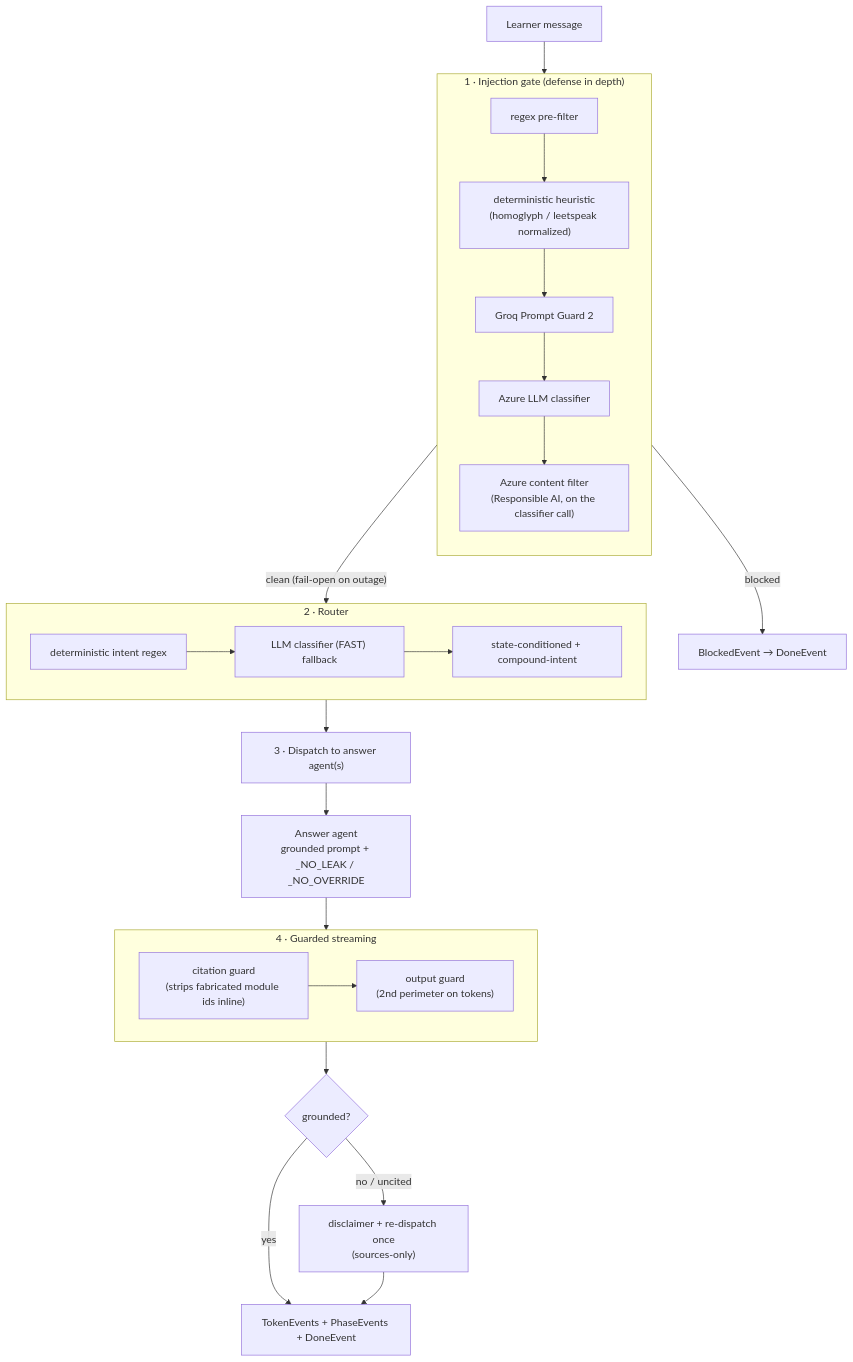
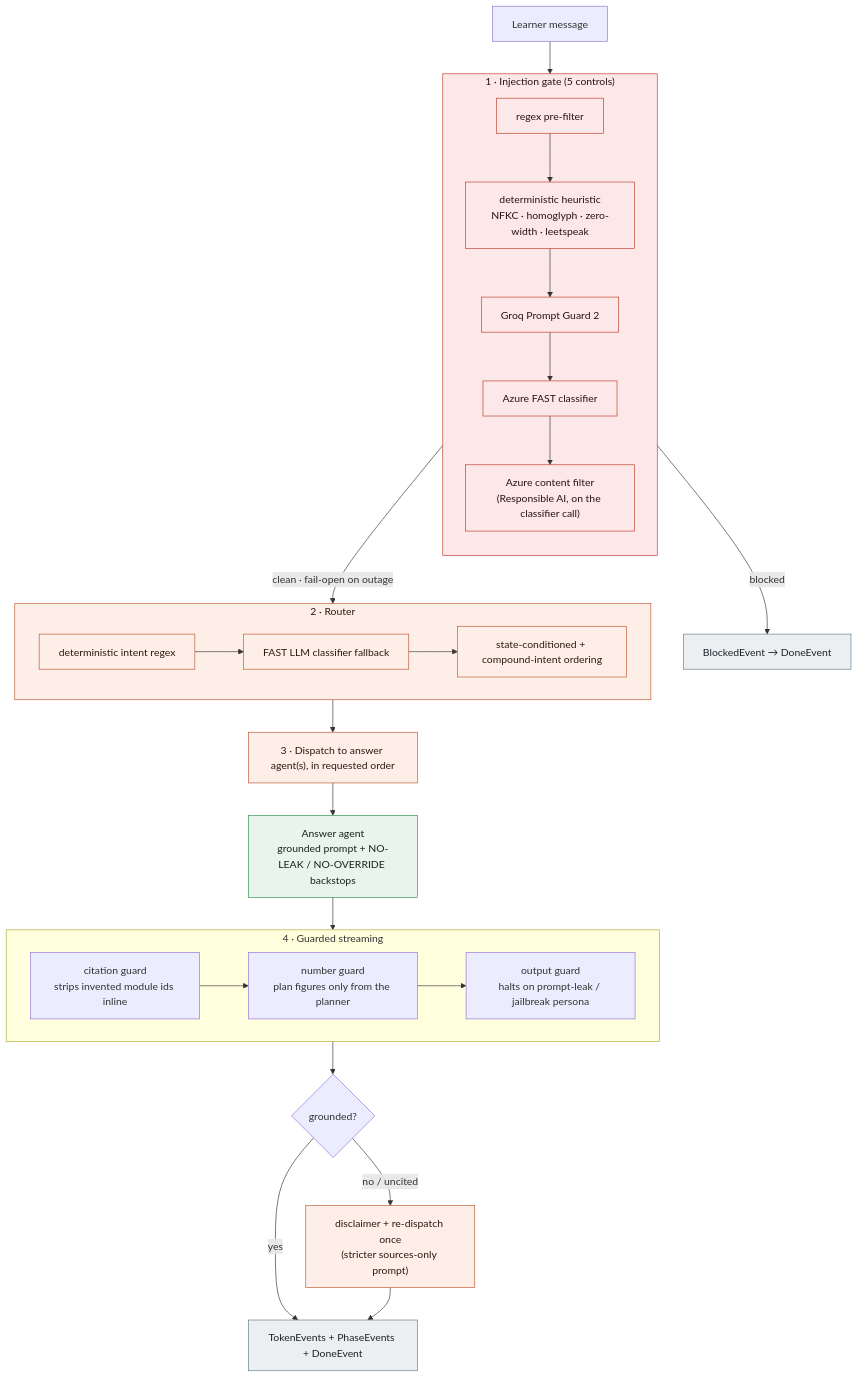
Before and after one commit to theCodeForgerHQ/msf-reasoning-agent: the fourth of 11 diagrams in README.md, drawn with Mermaid. The commit also changed other lines of this file, not shown here.

Commit message:
docs: rebuild README with diagrams, demo video link, and team section

````diff
--- a/README.md
+++ b/README.md
@@ -191,34 +216,42 @@
 ```mermaid
 flowchart TD
+    classDef gate fill:#fce8e8,stroke:#c0392b,color:#2a1212
+    classDef route fill:#fdeee7,stroke:#c0562f,color:#2b1a12
+    classDef ans fill:#e9f5ec,stroke:#2f8f4e,color:#13251a
+    classDef done fill:#eceff1,stroke:#607d8b,color:#1c2429
+
     IN["Learner message"] --> GATE
 
-    subgraph GATE["1 · Injection gate (defense in depth)"]
+    subgraph GATE["1 · Injection gate (5 controls)"]
         direction TB
-        RX["regex pre-filter"] --> HEU["deterministic heuristic<br/>(homoglyph / leetspeak normalized)"]
+        RX["regex pre-filter"] --> HEU["deterministic heuristic<br/>NFKC · homoglyph · zero-width · leetspeak"]
         HEU --> PG["Groq Prompt Guard 2"]
-        PG --> AZC["Azure LLM classifier"]
+        PG --> AZC["Azure FAST classifier"]
         AZC --> RAI["Azure content filter<br/>(Responsible AI, on the classifier call)"]
     end
 
-    GATE -- "blocked" --> BLK["BlockedEvent → DoneEvent"]
-    GATE -- "clean (fail-open on outage)" --> ROUTE
+    GATE -->|blocked| BLK["BlockedEvent → DoneEvent"]:::done
+    GATE -->|"clean · fail-open on outage"| ROUTE
 
     subgraph ROUTE["2 · Router"]
-        DET["deterministic intent regex"] --> LLMR["LLM classifier (FAST) fallback"]
-        LLMR --> STATE["state-conditioned + compound-intent"]
+        DET["deterministic intent regex"] --> LLMR["FAST LLM classifier fallback"]
+        LLMR --> STATE["state-conditioned + compound-intent ordering"]
     end
 
-    ROUTE --> DISP["3 · Dispatch to answer agent(s)"]
-    DISP --> ANS["Answer agent<br/>grounded prompt + _NO_LEAK / _NO_OVERRIDE"]
+    ROUTE --> DISP["3 · Dispatch to answer agent(s), in requested order"]:::route
+    DISP --> ANS["Answer agent<br/>grounded prompt + NO-LEAK / NO-OVERRIDE backstops"]:::ans
 
+    subgraph STREAM["4 · Guarded streaming"]
+        CITE["citation guard<br/>strips invented module ids inline"] --> NUM["number guard<br/>plan figures only from the planner"]
+        NUM --> OUT["output guard<br/>halts on prompt-leak / jailbreak persona"]
+    end
     ANS --> STREAM
 
-    subgraph STREAM["4 · Guarded streaming"]
-        CITE["citation guard<br/>(strips fabricated module ids inline)"] --> OUT["output guard<br/>(2nd perimeter on tokens)"]
-    end
+    STREAM --> VERIFY{"grounded?"}
+    VERIFY -->|"no / uncited"| REFLECT["disclaimer + re-dispatch once<br/>(stricter sources-only prompt)"]:::route
+    VERIFY -->|yes| FIN["TokenEvents + PhaseEvents + DoneEvent"]:::done
+    REFLECT --> FIN
 
-    STREAM --> VERIFY{"grounded?"}
-    VERIFY -- "no / uncited" --> REFLECT["disclaimer + re-dispatch once<br/>(sources-only)"]
-    VERIFY -- "yes" --> DONE
-    REFLECT --> DONE["TokenEvents + PhaseEvents + DoneEvent"]
+    class GATE,RX,HEU,PG,AZC,RAI gate
+    class ROUTE,DET,LLMR,STATE route
 ```
````
